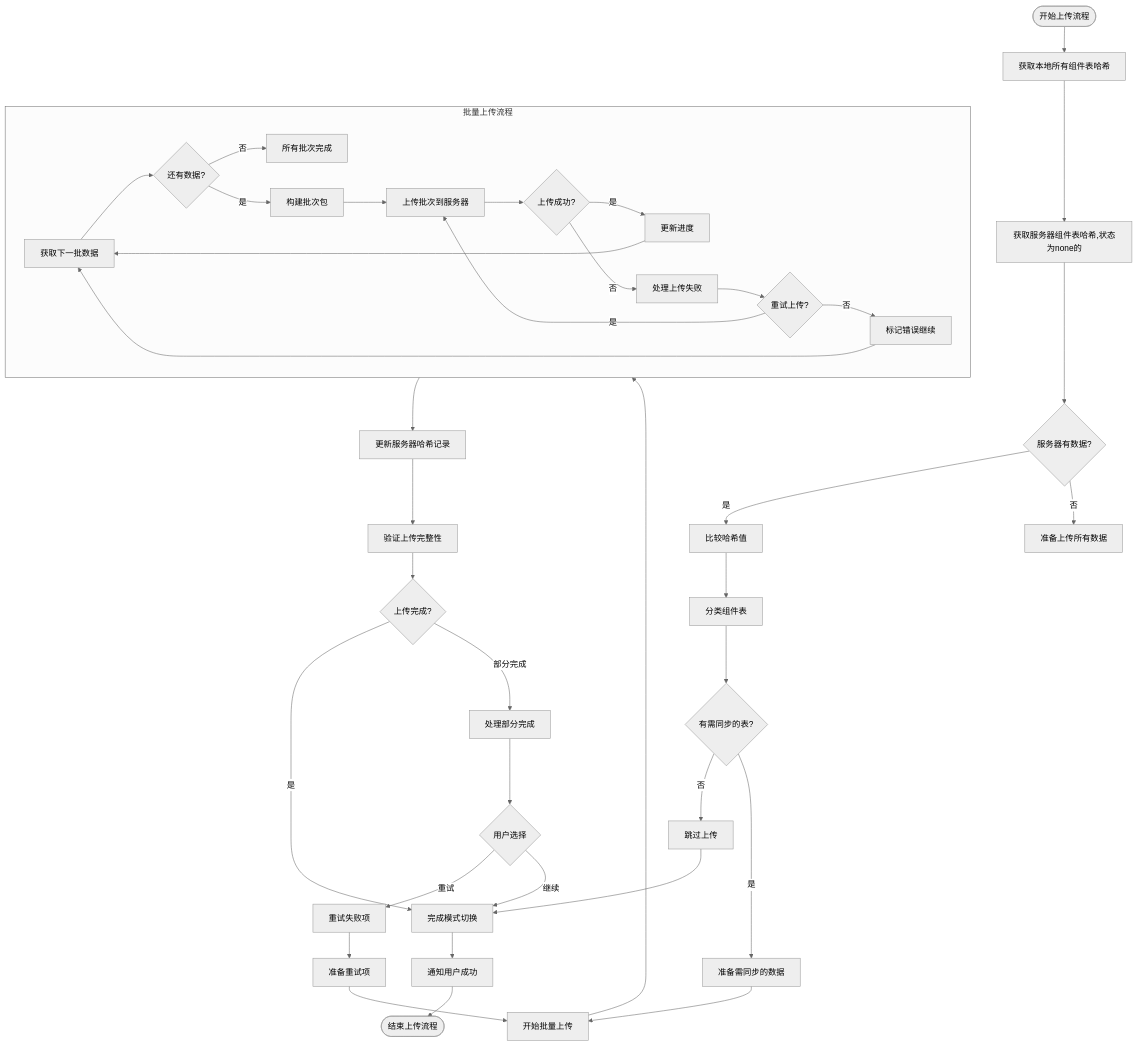
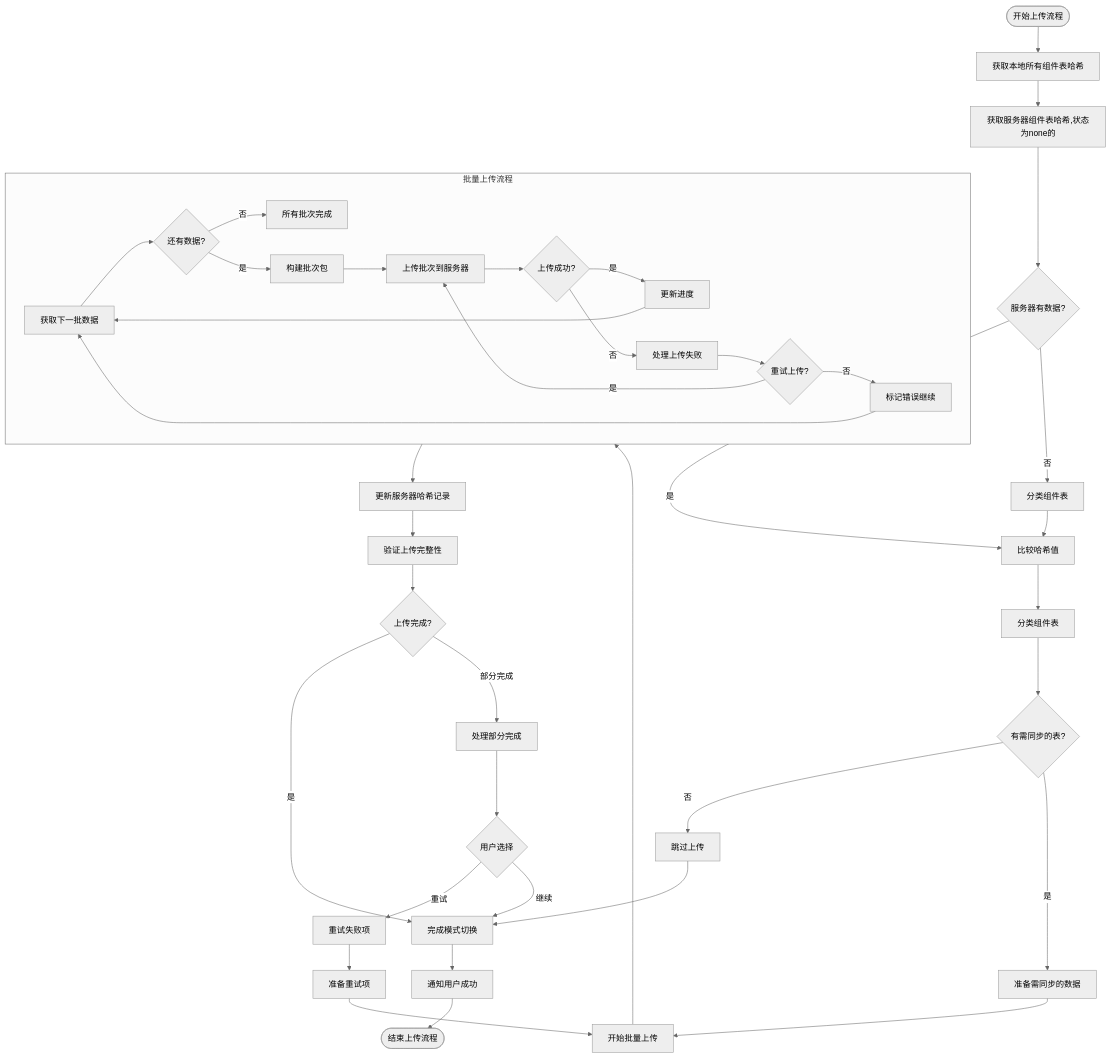
Before and after one commit to yingjianzh/iodraw-files: the diagram in all/未命名-50.md, drawn with Mermaid (neutral theme).

Commit message:
2025-05-08 17:11:09 update

````diff
--- a/all/未命名-50.md
+++ b/all/未命名-50.md
@@ -1,55 +1,56 @@
 ```mermaid
 flowchart TD
     Start([开始上传流程]) --> CollectLocalHashes[获取本地所有组件表哈希]
     CollectLocalHashes --> FetchServerHashes[获取服务器组件表哈希,状态为none的]
     
     FetchServerHashes --> ServerHasData{服务器有数据?}
     
     ServerHasData -->|是| CompareHashes[比较哈希值]
-    ServerHasData -->|否| ClassifyTables2[准备上传所有数据]
+    ServerHasData -->|否| ClassifyTables2[分类组件表]
+    ClassifyTables2 -->
     
     CompareHashes --> ClassifyTables[分类组件表]
     ClassifyTables --> HasChanges{有需同步的表?}
     
     HasChanges -->|否| SkipUpload[跳过上传]
     HasChanges -->|是| PrepareChangedData[准备需同步的数据]
     
     
     PrepareChangedData --> StartBatching[开始批量上传]
     
     subgraph BatchUpload [批量上传流程]
         B1[获取下一批数据] --> B2{还有数据?}
         B2 -->|否| BatchesComplete[所有批次完成]
         B2 -->|是| B3[构建批次包]
         B3 --> B4[上传批次到服务器]
         B4 --> B5{上传成功?}
         B5 -->|是| B6[更新进度]
         B5 -->|否| B7[处理上传失败]
         B7 --> B8{重试上传?}
         B8 -->|是| B4
         B8 -->|否| B9[标记错误继续]
         B6 --> B1
         B9 --> B1
     end
     
     StartBatching --> BatchUpload
     
     BatchUpload --> UpdateServerHashes[更新服务器哈希记录]
     UpdateServerHashes --> VerifyUpload[验证上传完整性]
     
     VerifyUpload --> UploadComplete{上传完成?}
     UploadComplete -->|是| FinalizeMode[完成模式切换]
     UploadComplete -->|部分完成| HandlePartial[处理部分完成]
     
     HandlePartial --> UserChoice{用户选择}
     UserChoice -->|重试| RetryFailed[重试失败项]
     UserChoice -->|继续| FinalizeMode
     
     RetryFailed --> PrepareRetry[准备重试项]
     PrepareRetry --> StartBatching
     
     FinalizeMode --> NotifySuccess[通知用户成功]
     NotifySuccess --> End([结束上传流程])
     
     SkipUpload --> FinalizeMode
 ```
````
